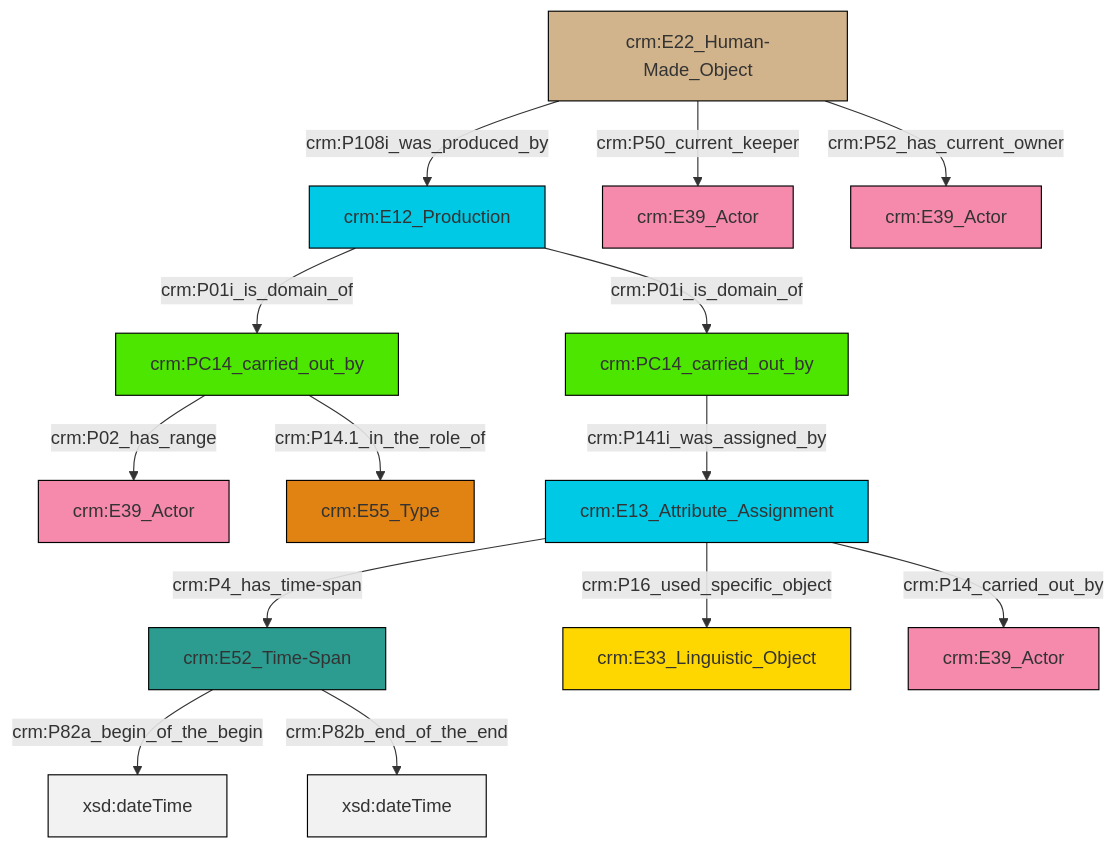
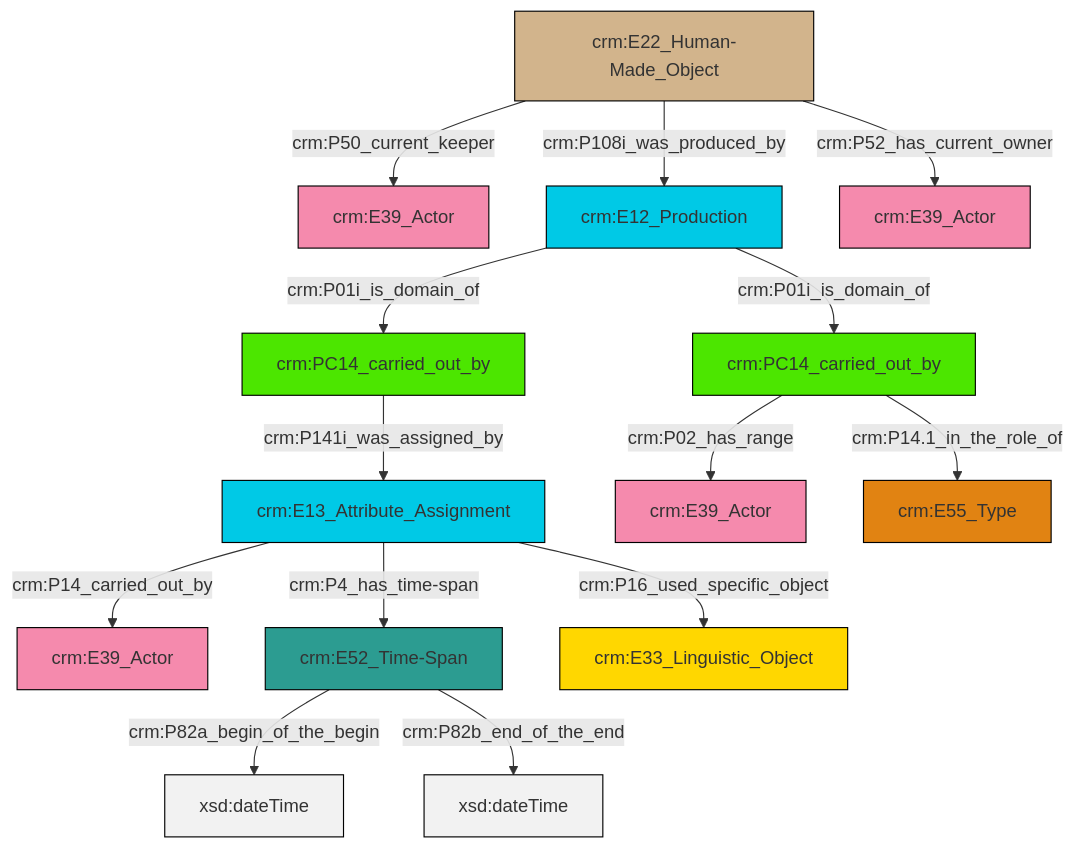
The diagram in et/carrierCSV/ttl/mmd/carrier_relations.ttl.mmd (swiss-art-research-net/docs.swissartresearch), drawn with Mermaid before and after one commit. The commit also changed 204 other files, not shown here.

```diff
--- a/et/carrierCSV/ttl/mmd/carrier_relations.ttl.mmd
+++ b/et/carrierCSV/ttl/mmd/carrier_relations.ttl.mmd
@@ -1,28 +1,28 @@
 graph TD
 classDef Literal fill:#f2f2f2,stroke:#000000;
 classDef CRM_Entity fill:#FFFFFF,stroke:#000000;
 classDef Temporal_Entity fill:#00C9E6, stroke:#000000;
 classDef Type fill:#E18312, stroke:#000000;
 classDef Time-Span fill:#2C9C91, stroke:#000000;
 classDef Appellation fill:#FFEB7F, stroke:#000000;
 classDef Place fill:#008836, stroke:#000000;
 classDef Persistent_Item fill:#B266B2, stroke:#000000;
 classDef Conceptual_Object fill:#FFD700, stroke:#000000;
 classDef Physical_Thing fill:#D2B48C, stroke:#000000;
 classDef Actor fill:#f58aad, stroke:#000000;
 classDef PC_Classes fill:#4ce600, stroke:#000000;
 classDef Multi fill:#cccccc,stroke:#000000;
 
-0["crm:E12_Production"]:::Temporal_Entity -->|crm:P01i_is_domain_of| 1["crm:PC14_carried_out_by"]:::PC_Classes
-2["crm:E22_Human-Made_Object"]:::Physical_Thing -->|crm:P108i_was_produced_by| 0["crm:E12_Production"]:::Temporal_Entity
-7["crm:E13_Attribute_Assignment"]:::Temporal_Entity -->|crm:P4_has_time-span| 8["crm:E52_Time-Span"]:::Time-Span
-7["crm:E13_Attribute_Assignment"]:::Temporal_Entity -->|crm:P16_used_specific_object| 3["crm:E33_Linguistic_Object"]:::Conceptual_Object
-0["crm:E12_Production"]:::Temporal_Entity -->|crm:P01i_is_domain_of| 11["crm:PC14_carried_out_by"]:::PC_Classes
-1["crm:PC14_carried_out_by"]:::PC_Classes -->|crm:P02_has_range| 5["crm:E39_Actor"]:::Actor
-2["crm:E22_Human-Made_Object"]:::Physical_Thing -->|crm:P50_current_keeper| 14["crm:E39_Actor"]:::Actor
-8["crm:E52_Time-Span"]:::Time-Span -->|crm:P82a_begin_of_the_begin| 23[xsd:dateTime]:::Literal
-11["crm:PC14_carried_out_by"]:::PC_Classes -->|crm:P141i_was_assigned_by| 7["crm:E13_Attribute_Assignment"]:::Temporal_Entity
-8["crm:E52_Time-Span"]:::Time-Span -->|crm:P82b_end_of_the_end| 24[xsd:dateTime]:::Literal
-7["crm:E13_Attribute_Assignment"]:::Temporal_Entity -->|crm:P14_carried_out_by| 16["crm:E39_Actor"]:::Actor
-1["crm:PC14_carried_out_by"]:::PC_Classes -->|crm:P14.1_in_the_role_of| 18["crm:E55_Type"]:::Type
-2["crm:E22_Human-Made_Object"]:::Physical_Thing -->|crm:P52_has_current_owner| 20["crm:E39_Actor"]:::Actor
+2["crm:E13_Attribute_Assignment"]:::Temporal_Entity -->|crm:P14_carried_out_by| 3["crm:E39_Actor"]:::Actor
+4["crm:E52_Time-Span"]:::Time-Span -->|crm:P82a_begin_of_the_begin| 5[xsd:dateTime]:::Literal
+6["crm:PC14_carried_out_by"]:::PC_Classes -->|crm:P141i_was_assigned_by| 2["crm:E13_Attribute_Assignment"]:::Temporal_Entity
+7["crm:E22_Human-Made_Object"]:::Physical_Thing -->|crm:P50_current_keeper| 8["crm:E39_Actor"]:::Actor
+9["crm:E12_Production"]:::Temporal_Entity -->|crm:P01i_is_domain_of| 6["crm:PC14_carried_out_by"]:::PC_Classes
+14["crm:PC14_carried_out_by"]:::PC_Classes -->|crm:P02_has_range| 10["crm:E39_Actor"]:::Actor
+14["crm:PC14_carried_out_by"]:::PC_Classes -->|crm:P14.1_in_the_role_of| 0["crm:E55_Type"]:::Type
+2["crm:E13_Attribute_Assignment"]:::Temporal_Entity -->|crm:P4_has_time-span| 4["crm:E52_Time-Span"]:::Time-Span
+9["crm:E12_Production"]:::Temporal_Entity -->|crm:P01i_is_domain_of| 14["crm:PC14_carried_out_by"]:::PC_Classes
+7["crm:E22_Human-Made_Object"]:::Physical_Thing -->|crm:P108i_was_produced_by| 9["crm:E12_Production"]:::Temporal_Entity
+7["crm:E22_Human-Made_Object"]:::Physical_Thing -->|crm:P52_has_current_owner| 12["crm:E39_Actor"]:::Actor
+4["crm:E52_Time-Span"]:::Time-Span -->|crm:P82b_end_of_the_end| 18[xsd:dateTime]:::Literal
+2["crm:E13_Attribute_Assignment"]:::Temporal_Entity -->|crm:P16_used_specific_object| 19["crm:E33_Linguistic_Object"]:::Conceptual_Object
```
